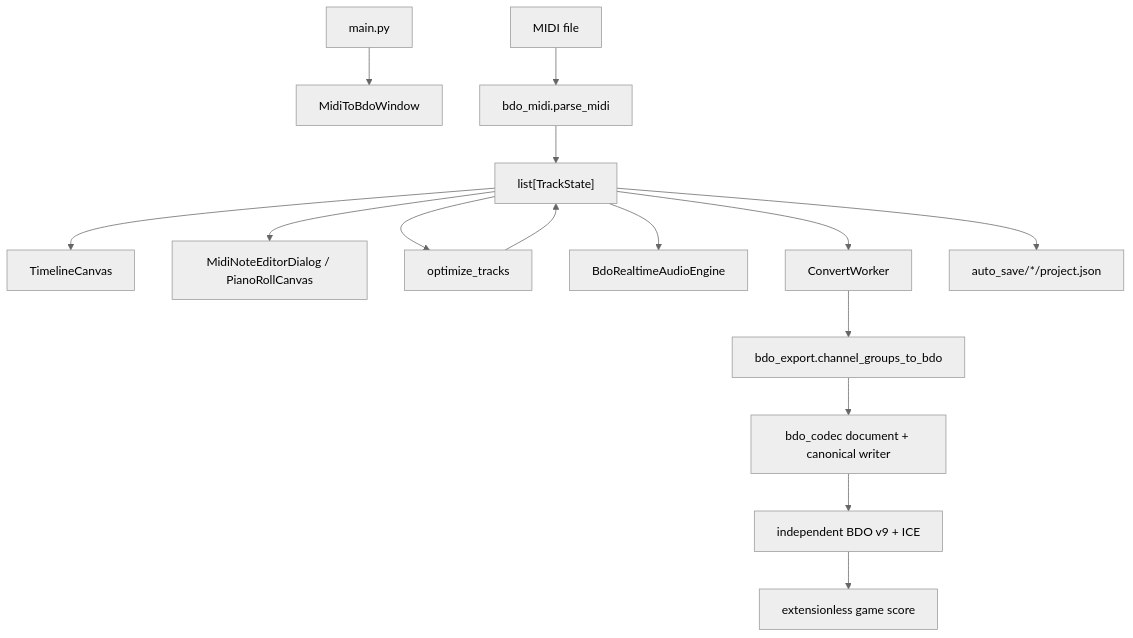
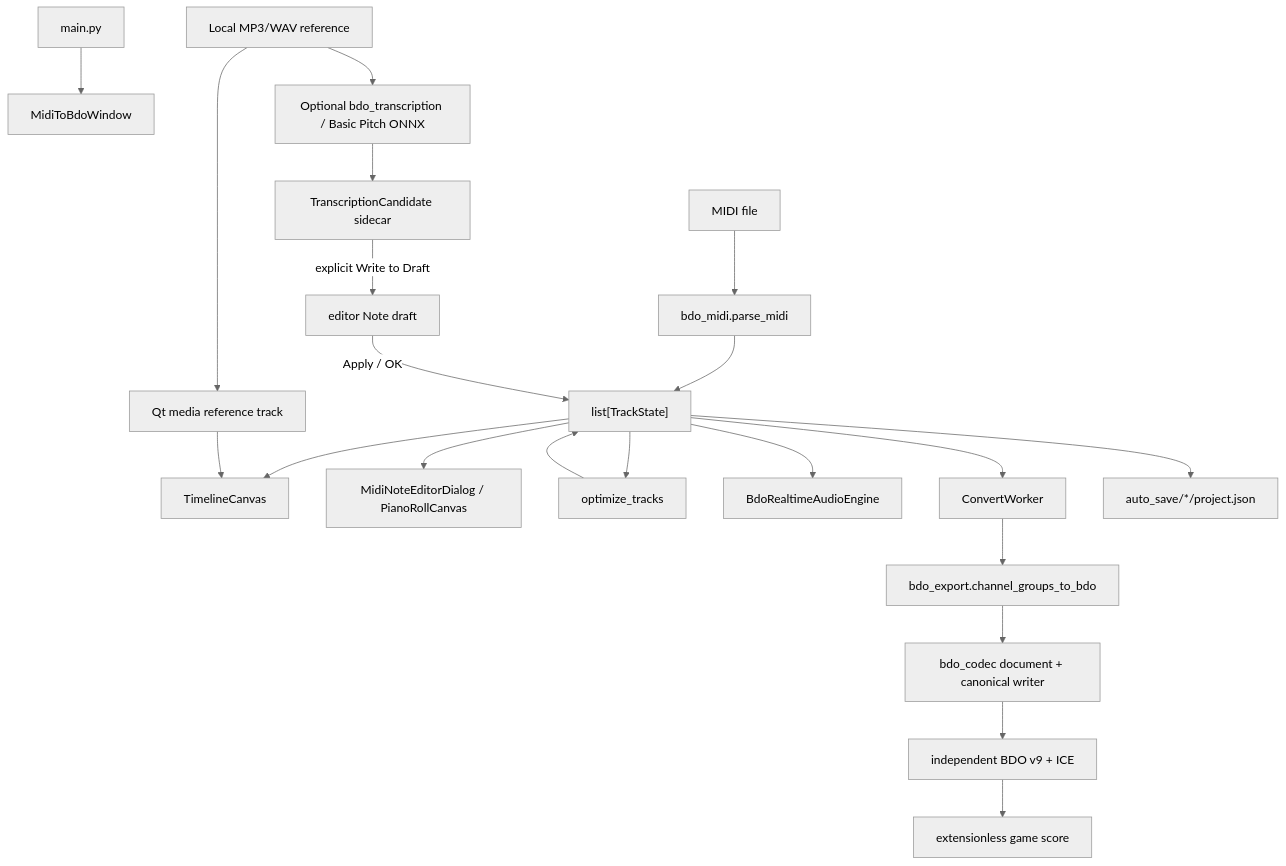
Before and after one commit to CocoaMist/3007-BDO_Music_Composer: the diagram in docs/ARCHITECTURE.md, drawn with Mermaid (neutral theme). The commit also changed other lines of this file and 25 other files, not shown here.

First line of the commit message:
feat: add reference-audio transcription workflow

````diff
--- a/docs/ARCHITECTURE.md
+++ b/docs/ARCHITECTURE.md
@@ -7,17 +7,23 @@
 ```mermaid
 flowchart TD
     Entry["main.py"] --> GUI["MidiToBdoWindow"]
     MIDI["MIDI file"] --> Parser["bdo_midi.parse_midi"]
     Parser --> Tracks["list[TrackState]"]
     Tracks --> Timeline["TimelineCanvas"]
     Tracks --> Editor["MidiNoteEditorDialog / PianoRollCanvas"]
+    Reference["Local MP3/WAV reference"] --> ReferencePlayer["Qt media reference track"]
+    ReferencePlayer --> Timeline
+    Reference --> Transcriber["Optional bdo_transcription / Basic Pitch ONNX"]
+    Transcriber --> Candidates["TranscriptionCandidate sidecar"]
+    Candidates -->|"explicit Write to Draft"| Draft["editor Note draft"]
+    Draft -->|"Apply / OK"| Tracks
     Tracks --> Optimizer["optimize_tracks"]
     Optimizer --> Tracks
     Tracks --> Preview["BdoRealtimeAudioEngine"]
     Tracks --> Worker["ConvertWorker"]
     Worker --> Adapter["bdo_export.channel_groups_to_bdo"]
     Adapter --> Serializer["bdo_codec document + canonical writer"]
     Serializer --> ICE["independent BDO v9 + ICE"]
     ICE --> GameScore["extensionless game score"]
     Tracks --> Autosave["auto_save/*/project.json"]
 ```
````
